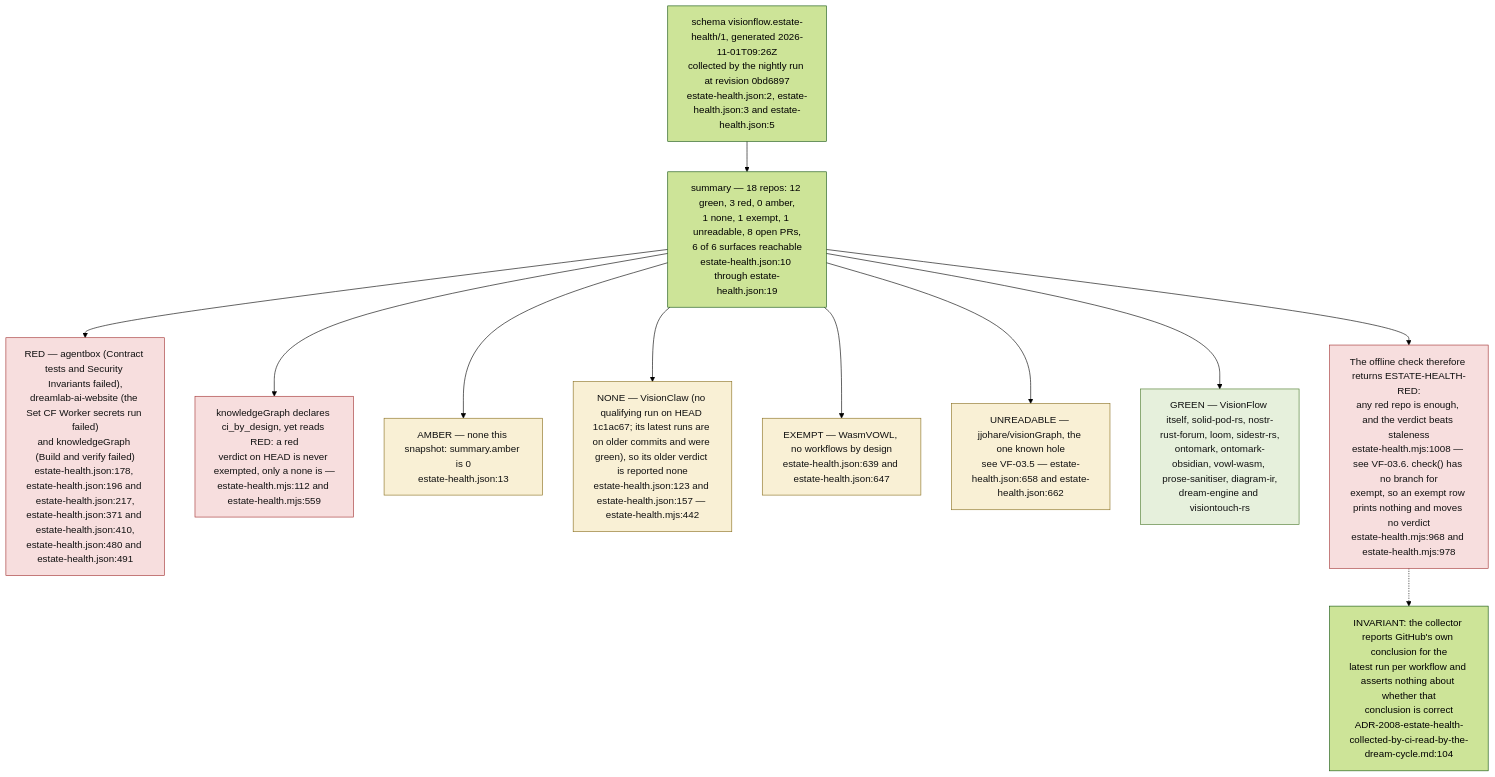
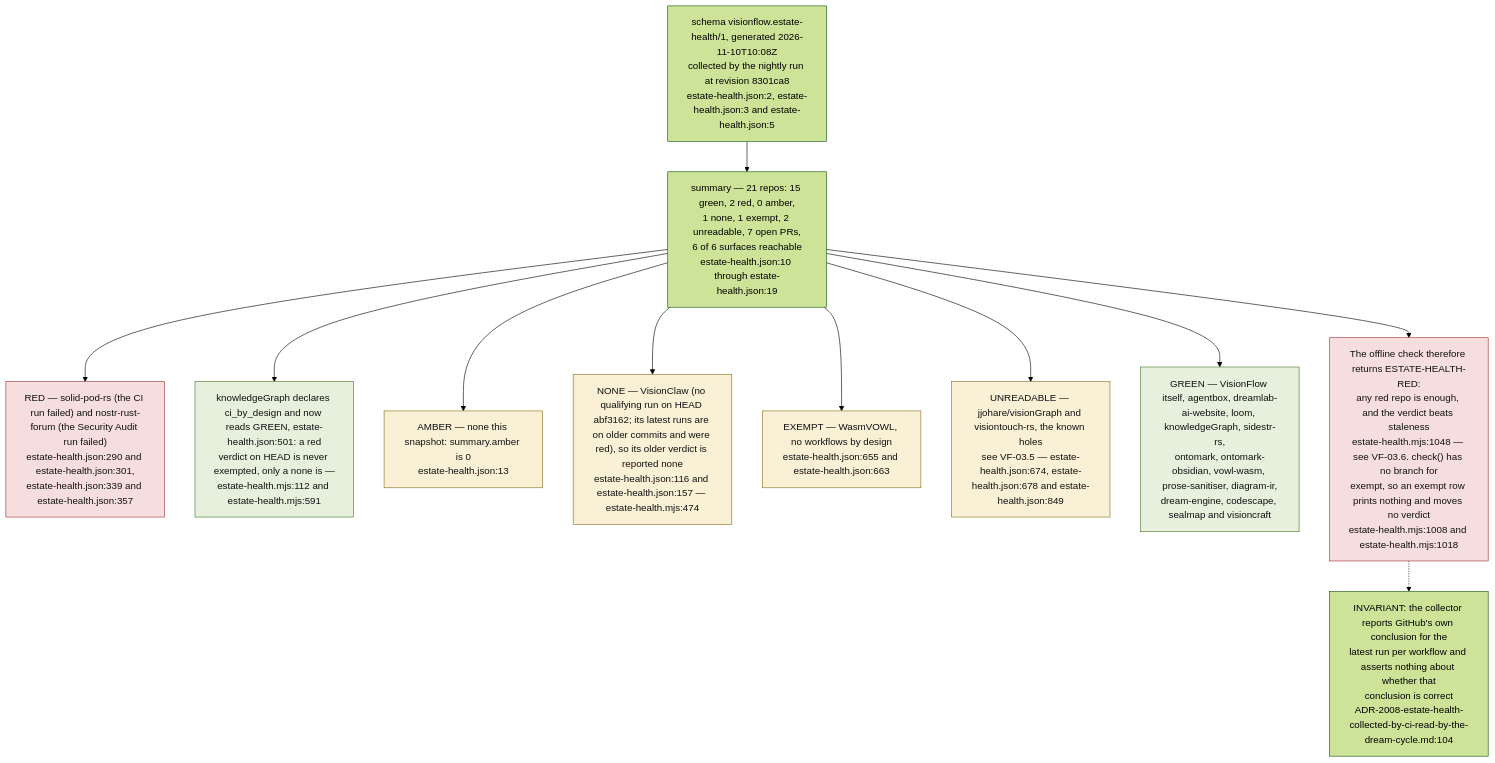
Before and after one commit to DreamLab-AI/VisionFlow: the ninth of 9 diagrams in docs/diagrams/visionflow/03-estate-health.md, drawn with Mermaid (forest theme). The commit also changed other lines of this file and 49 other files, not shown here.

First line of the commit message:
docs(diagrams): re-derive and re-stamp VisionClaw, estate, knowledge-graph, visionGraph, VisionFlow and sidestr topics

````diff
--- a/docs/diagrams/visionflow/03-estate-health.md
+++ b/docs/diagrams/visionflow/03-estate-health.md
@@ -287,24 +290,24 @@
 ```mermaid
 flowchart TB
     classDef red fill:#f7dede,stroke:#a33333,color:#111
     classDef green fill:#e6f0dc,stroke:#4a7a2a,color:#111
     classDef amb fill:#f9f0d5,stroke:#8a7020,color:#111
 
-    SNAP["schema visionflow.estate-health/1, generated 2026-11-01T09:26Z<br/>collected by the nightly run at revision 0bd6897<br/>estate-health.json:2, estate-health.json:3 and estate-health.json:5"]
+    SNAP["schema visionflow.estate-health/1, generated 2026-11-10T10:08Z<br/>collected by the nightly run at revision 8301ca8<br/>estate-health.json:2, estate-health.json:3 and estate-health.json:5"]
 
-    SNAP --> SUM["summary — 18 repos: 12 green, 3 red, 0 amber,<br/>1 none, 1 exempt, 1 unreadable, 8 open PRs,<br/>6 of 6 surfaces reachable<br/>estate-health.json:10 through estate-health.json:19"]
+    SNAP --> SUM["summary — 21 repos: 15 green, 2 red, 0 amber,<br/>1 none, 1 exempt, 2 unreadable, 7 open PRs,<br/>6 of 6 surfaces reachable<br/>estate-health.json:10 through estate-health.json:19"]
 
-    SUM --> R4["RED — agentbox (Contract tests and Security Invariants failed),<br/>dreamlab-ai-website (the Set CF Worker secrets run failed)<br/>and knowledgeGraph (Build and verify failed)<br/>estate-health.json:178, estate-health.json:196 and estate-health.json:217,<br/>estate-health.json:371 and estate-health.json:410,<br/>estate-health.json:480 and estate-health.json:491"]:::red
-    SUM --> KG["knowledgeGraph declares ci_by_design, yet reads RED: a red<br/>verdict on HEAD is never exempted, only a none is —<br/>estate-health.mjs:112 and estate-health.mjs:559"]:::red
+    SUM --> R4["RED — solid-pod-rs (the CI run failed) and nostr-rust-forum (the Security Audit run failed)<br/>estate-health.json:290 and estate-health.json:301,<br/>estate-health.json:339 and estate-health.json:357"]:::red
+    SUM --> KG["knowledgeGraph declares ci_by_design and now reads GREEN, estate-health.json:501: a red<br/>verdict on HEAD is never exempted, only a none is —<br/>estate-health.mjs:112 and estate-health.mjs:591"]:::green
     SUM --> A1["AMBER — none this snapshot: summary.amber is 0<br/>estate-health.json:13"]:::amb
-    SUM --> N1["NONE — VisionClaw (no qualifying run on HEAD 1c1ac67; its latest runs are on older commits and were green), so its older verdict is reported none<br/>estate-health.json:123 and estate-health.json:157 — estate-health.mjs:442"]:::amb
-    SUM --> E2["EXEMPT — WasmVOWL, no workflows by design<br/>estate-health.json:639 and estate-health.json:647"]:::amb
-    SUM --> U1["UNREADABLE — jjohare/visionGraph, the one known hole<br/>see VF-03.5 — estate-health.json:658 and estate-health.json:662"]:::amb
-    SUM --> G1["GREEN — VisionFlow itself, solid-pod-rs, nostr-rust-forum, loom, sidestr-rs,<br/>ontomark, ontomark-obsidian, vowl-wasm, prose-sanitiser, diagram-ir,<br/>dream-engine and visiontouch-rs"]:::green
+    SUM --> N1["NONE — VisionClaw (no qualifying run on HEAD abf3162; its latest runs are on older commits and were red), so its older verdict is reported none<br/>estate-health.json:116 and estate-health.json:157 — estate-health.mjs:474"]:::amb
+    SUM --> E2["EXEMPT — WasmVOWL, no workflows by design<br/>estate-health.json:655 and estate-health.json:663"]:::amb
+    SUM --> U1["UNREADABLE — jjohare/visionGraph and visiontouch-rs, the known holes<br/>see VF-03.5 — estate-health.json:674, estate-health.json:678 and estate-health.json:849"]:::amb
+    SUM --> G1["GREEN — VisionFlow itself, agentbox, dreamlab-ai-website, loom, knowledgeGraph, sidestr-rs,<br/>ontomark, ontomark-obsidian, vowl-wasm, prose-sanitiser, diagram-ir,<br/>dream-engine, codescape, sealmap and visioncraft"]:::green
 
-    VERD["The offline check therefore returns ESTATE-HEALTH-RED:<br/>any red repo is enough, and the verdict beats staleness<br/>estate-health.mjs:1008 — see VF-03.6. check() has no branch for<br/>exempt, so an exempt row prints nothing and moves no verdict<br/>estate-health.mjs:968 and estate-health.mjs:978"]:::red
+    VERD["The offline check therefore returns ESTATE-HEALTH-RED:<br/>any red repo is enough, and the verdict beats staleness<br/>estate-health.mjs:1048 — see VF-03.6. check() has no branch for<br/>exempt, so an exempt row prints nothing and moves no verdict<br/>estate-health.mjs:1008 and estate-health.mjs:1018"]:::red
     SUM --> VERD
 
     INV["INVARIANT: the collector reports GitHub's own conclusion for the<br/>latest run per workflow and asserts nothing about whether that<br/>conclusion is correct<br/>ADR-2008-estate-health-collected-by-ci-read-by-the-dream-cycle.md:104"]
     VERD -.-> INV
 ```
````
